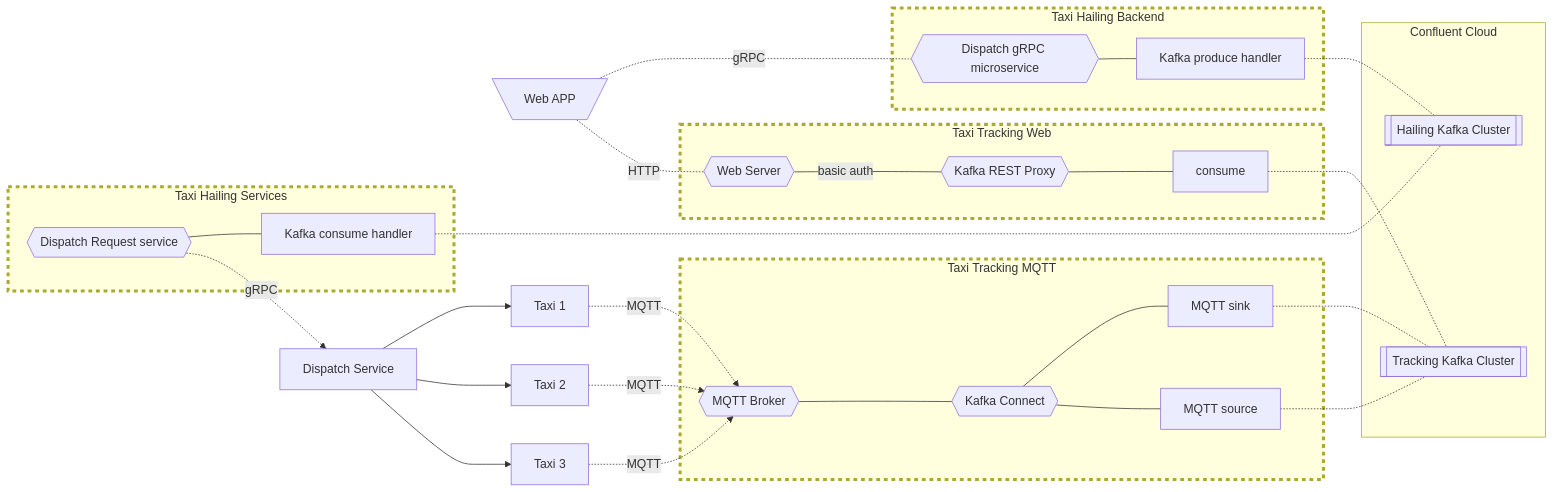
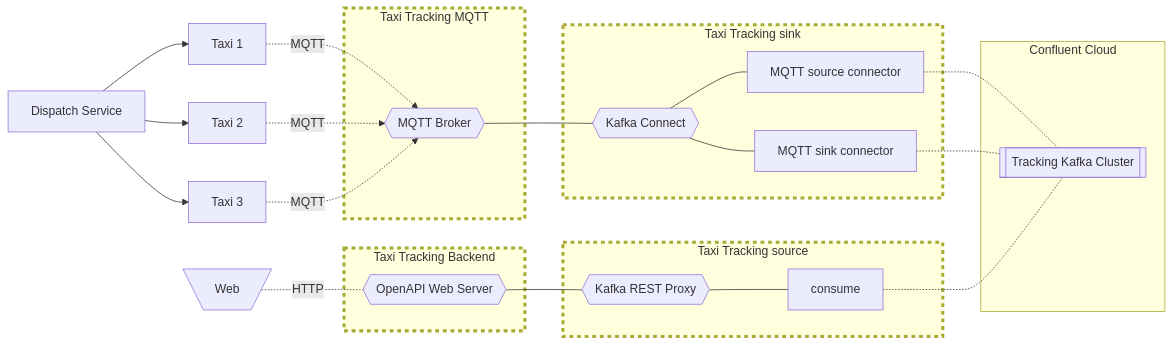
Before and after one commit to aklivity/zilla-demos: the first of 3 diagrams in taxi/live-demo-deploy/arch-Taxi-Demo.md, drawn with Mermaid. The commit also changed other lines of this file and 1 other file, not shown here.

Commit message:
diagram updates

````diff
--- a/taxi/live-demo-deploy/arch-Taxi-Demo.md
+++ b/taxi/live-demo-deploy/arch-Taxi-Demo.md
@@ -5,44 +5,37 @@
 ```mermaid
 flowchart LR
     style app1 stroke-dasharray: 5 5,stroke-width:4px
     style app2 stroke-dasharray: 5 5,stroke-width:4px
     style app3 stroke-dasharray: 5 5,stroke-width:4px
     style app4 stroke-dasharray: 5 5,stroke-width:4px
 
-    tmuisr[\Web APP/] -.- |gRPC| thgms
+    ui[\Web/] -.- |HTTP| thws
 
-    subgraph app1 [Taxi Hailing Backend]
-            thgms{{Dispatch gRPC microservice}} --- kph[Kafka produce handler]
-    end
-    subgraph app2 [Taxi Hailing Services]
-            thdrs{{Dispatch Request service}} --- kch[Kafka consume handler]
+    subgraph app2 [Taxi Tracking source]
+            krp{{Kafka REST Proxy}} --- gsource[consume]
     end
 
-    thdrs -.-> |gRPC| tsgrpc[Dispatch Service]
+    subgraph app1 [Taxi Tracking Backend]
+            thws{{OpenAPI Web Server}} --- krp
+    end
+
+    tsgrpc[Dispatch Service]
     tsgrpc --> ttiot[Taxi 1] & ttiotb[Taxi 2] & ttiotc[Taxi 3]
 
-    tmuisr -.- |HTTP| ttws
-
-    subgraph app3 [Taxi Tracking Web]
-            ttws{{Web Server}} --- | basic auth | krp
-            krp{{Kafka REST Proxy}} --- ttpc[consume]
+    subgraph app3 [Taxi Tracking sink]
+            mqttkc{{Kafka Connect}} --- ksink[MQTT sink connector] & ksource[MQTT source connector]
     end
 
     subgraph app4 [Taxi Tracking MQTT]
-
-            mqttb{{MQTT Broker}} --- mqttkc{{Kafka Connect}}
-            mqttkc --- ksink[MQTT sink] & ksource[MQTT source]
+            mqttb{{MQTT Broker}} --- mqttkc
     end
 
     ttiot & ttiotb & ttiotc -.-> |MQTT| mqttb
 
     subgraph cc [Confluent Cloud]
-        ccsm[[Hailing Kafka Cluster]]
-        kch -.- ccsm
-        kph -.- ccsm
         cciot[[Tracking Kafka Cluster]]
         ksource -.- cciot
         ksink -.- cciot
-        ttpc -.- cciot
+        gsource -.- cciot
     end
 ```
````
